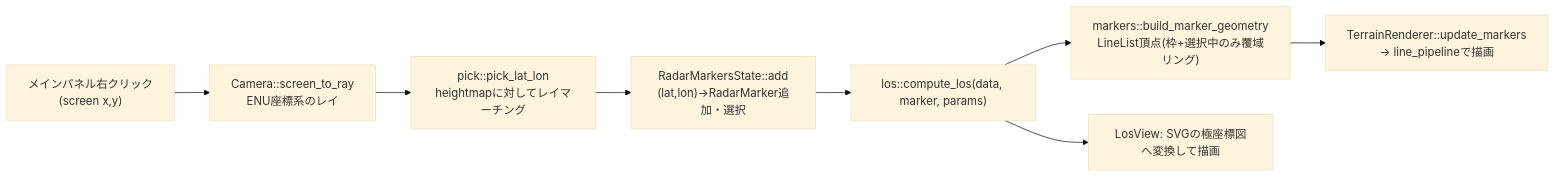
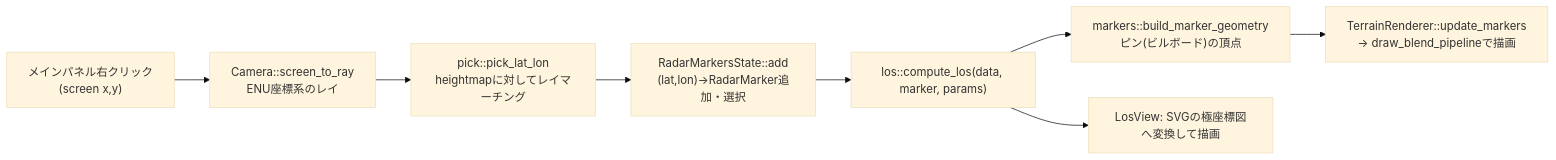
Diagram 14 of 16 in DETAILED_DESIGN.md (ham1a6/SimulationView), drawn with Mermaid (base theme) before and after one commit. The commit also changed other lines of this file and 9 other files, not shown here.

````diff
--- a/DETAILED_DESIGN.md
+++ b/DETAILED_DESIGN.md
@@ -1230,10 +1240,10 @@
 ```mermaid
 flowchart LR
     A["メインパネル右クリック<br/>(screen x,y)"] --> B["Camera::screen_to_ray<br/>ENU座標系のレイ"]
     B --> C["pick::pick_lat_lon<br/>heightmapに対してレイマーチング"]
     C --> D["RadarMarkersState::add<br/>(lat,lon)→RadarMarker追加・選択"]
     D --> E["los::compute_los(data, marker, params)"]
-    E --> F["markers::build_marker_geometry<br/>LineList頂点(枠+選択中のみ覆域リング)"]
-    F --> G["TerrainRenderer::update_markers<br/>→ line_pipelineで描画"]
+    E --> F["markers::build_marker_geometry<br/>ピン(ビルボード)の頂点"]
+    F --> G["TerrainRenderer::update_markers<br/>→ draw_blend_pipelineで描画"]
     E --> H["LosView: SVGの極座標図へ変換して描画"]
 ```
````
